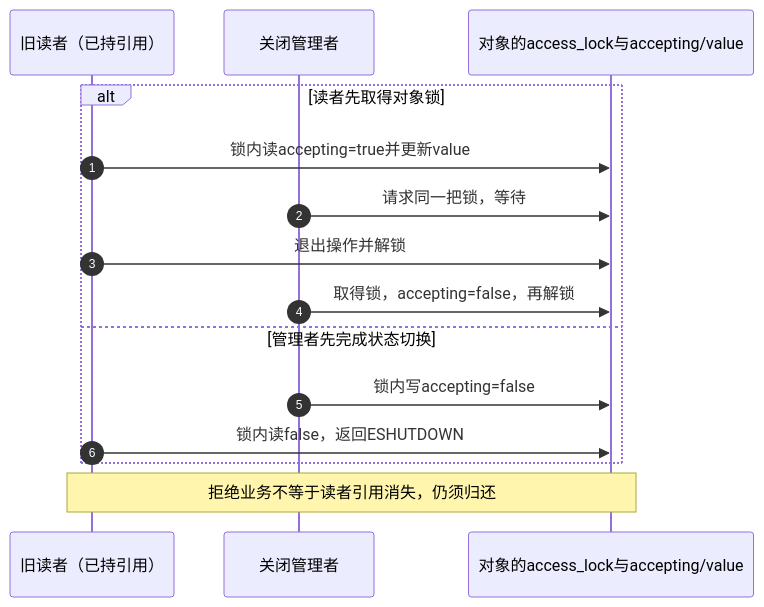
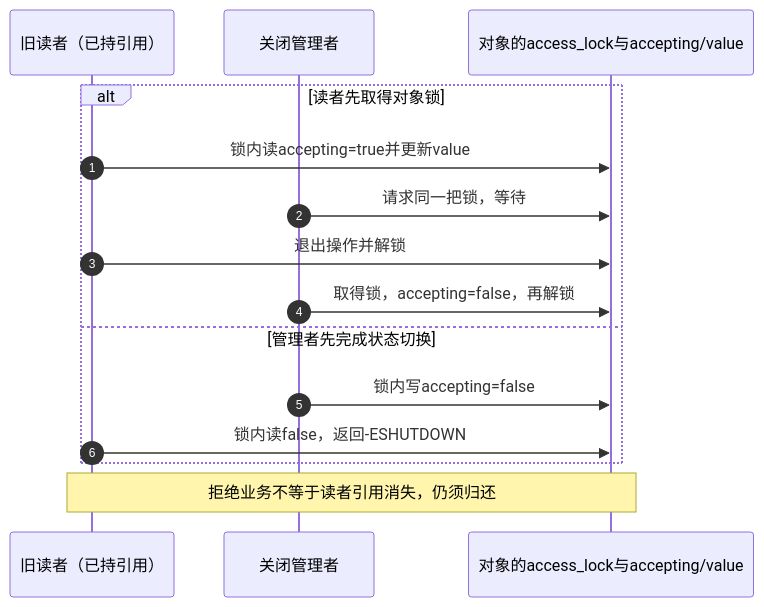
One commit to FormingSystem/linux_note changed the fifth of 8 diagrams in knowledge/linux/object_lifetime/kref/P03_kref_生命周期状态机.md. Above: the diagram before and after it, drawn with Mermaid. The commit also changed other lines of this file and 2 other files, not shown here.

````diff
--- a/knowledge/linux/object_lifetime/kref/P03_kref_生命周期状态机.md
+++ b/knowledge/linux/object_lifetime/kref/P03_kref_生命周期状态机.md
@@ -686,17 +730,17 @@
 ```mermaid
 sequenceDiagram
     autonumber
     participant R as 旧读者（已持引用）
     participant M as 关闭管理者
     participant O as 对象的access_lock与accepting/value
     alt 读者先取得对象锁
         R->>O: 锁内读accepting=true并更新value
         M->>O: 请求同一把锁，等待
         R->>O: 退出操作并解锁
         M->>O: 取得锁，accepting=false，再解锁
     else 管理者先完成状态切换
         M->>O: 锁内写accepting=false
-        R->>O: 锁内读false，返回ESHUTDOWN
+        R->>O: 锁内读false，返回-ESHUTDOWN
     end
     Note over R,O: 拒绝业务不等于读者引用消失，仍须归还
 ```
````
